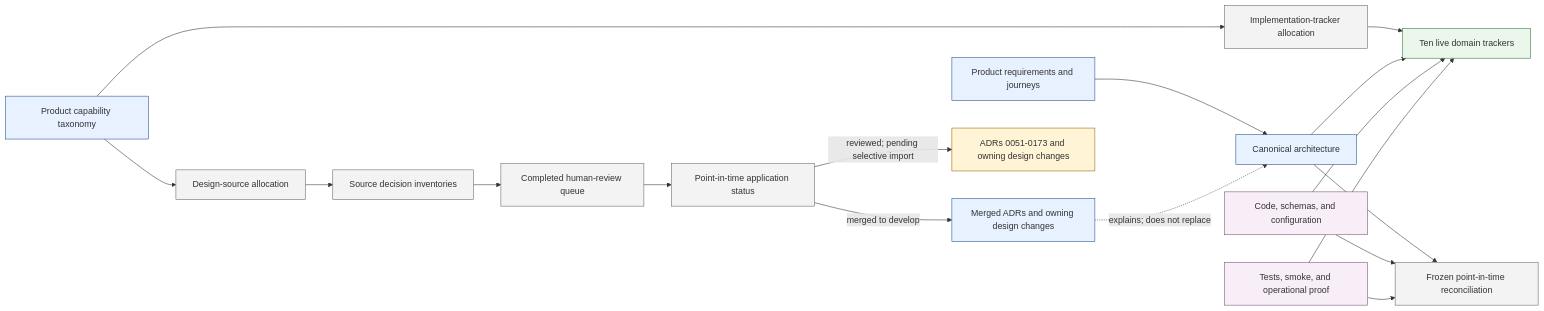
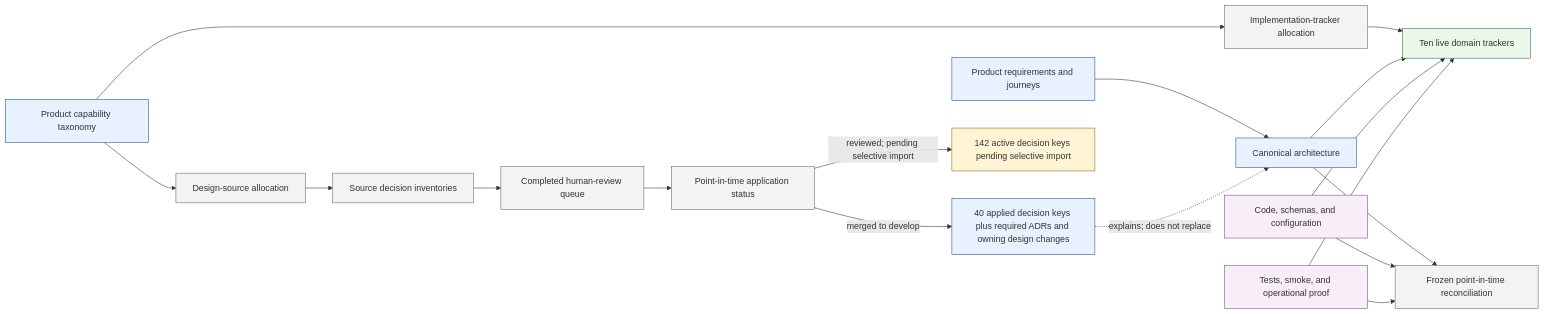
Before and after one commit to benhook1013/FireMUD: the diagram in design/project-management/design-alignment/README.md, drawn with Mermaid. The commit also changed other lines of this file and 1 other file, not shown here.

Commit message:
docs: separate decision application from ADR numbering

````diff
--- a/design/project-management/design-alignment/README.md
+++ b/design/project-management/design-alignment/README.md
@@ -27,27 +27,27 @@
 ```mermaid
 flowchart LR
     PRODUCT[Product requirements and journeys]:::canonical --> ARCH[Canonical architecture]:::canonical
     TAXONOMY[Product capability taxonomy]:::canonical --> DESIGN_ALLOC[Design-source allocation]:::alignment
     DESIGN_ALLOC --> SOURCE_INV[Source decision inventories]:::alignment
     SOURCE_INV --> HUMAN_QUEUE[Completed human-review queue]:::alignment
     HUMAN_QUEUE --> APPLY[Point-in-time application status]:::alignment
-    APPLY -->|merged to develop| ADRS[Merged ADRs and owning design changes]:::canonical
+    APPLY -->|merged to develop| ADRS[40 applied decision keys plus required ADRs and owning design changes]:::canonical
     ADRS -. explains; does not replace .-> ARCH
-    APPLY -->|reviewed; pending selective import| PENDING[ADRs 0051-0173 and owning design changes]:::pending
+    APPLY -->|reviewed; pending selective import| PENDING[142 active decision keys pending selective import]:::pending
 
     TAXONOMY --> TRACKER_ALLOC[Implementation-tracker allocation]:::alignment
     TRACKER_ALLOC --> TRACKERS[Ten live domain trackers]:::status
     ARCH --> TRACKERS
     CODE[Code, schemas, and configuration]:::evidence --> TRACKERS
     PROOF[Tests, smoke, and operational proof]:::evidence --> TRACKERS
 
     ARCH --> RECON[Frozen point-in-time reconciliation]:::alignment
     CODE --> RECON
     PROOF --> RECON
 
     classDef canonical fill:#e8f1ff,stroke:#1f4f8f
     classDef alignment fill:#f3f3f3,stroke:#666
     classDef pending fill:#fff4d6,stroke:#9a6700
     classDef status fill:#eaf7ea,stroke:#2f6f3e
     classDef evidence fill:#f8eef8,stroke:#7a4e7a
 ```
````
